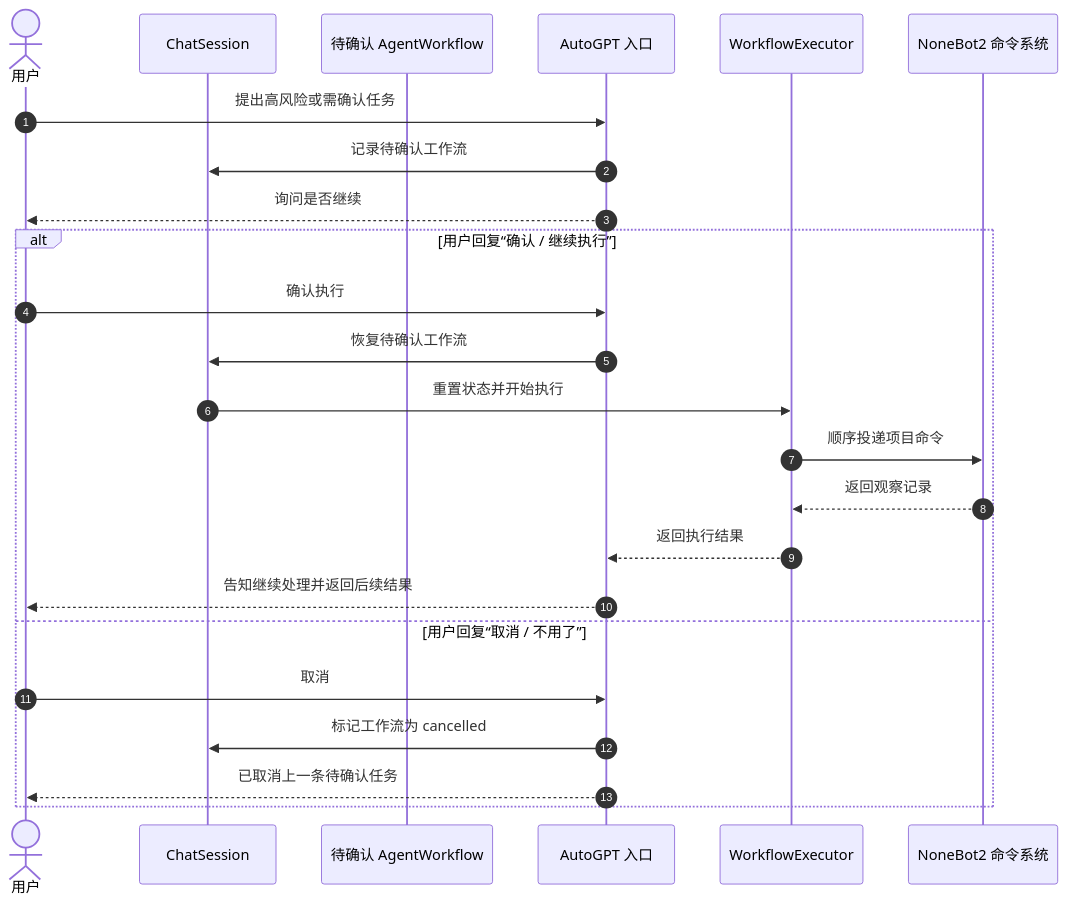
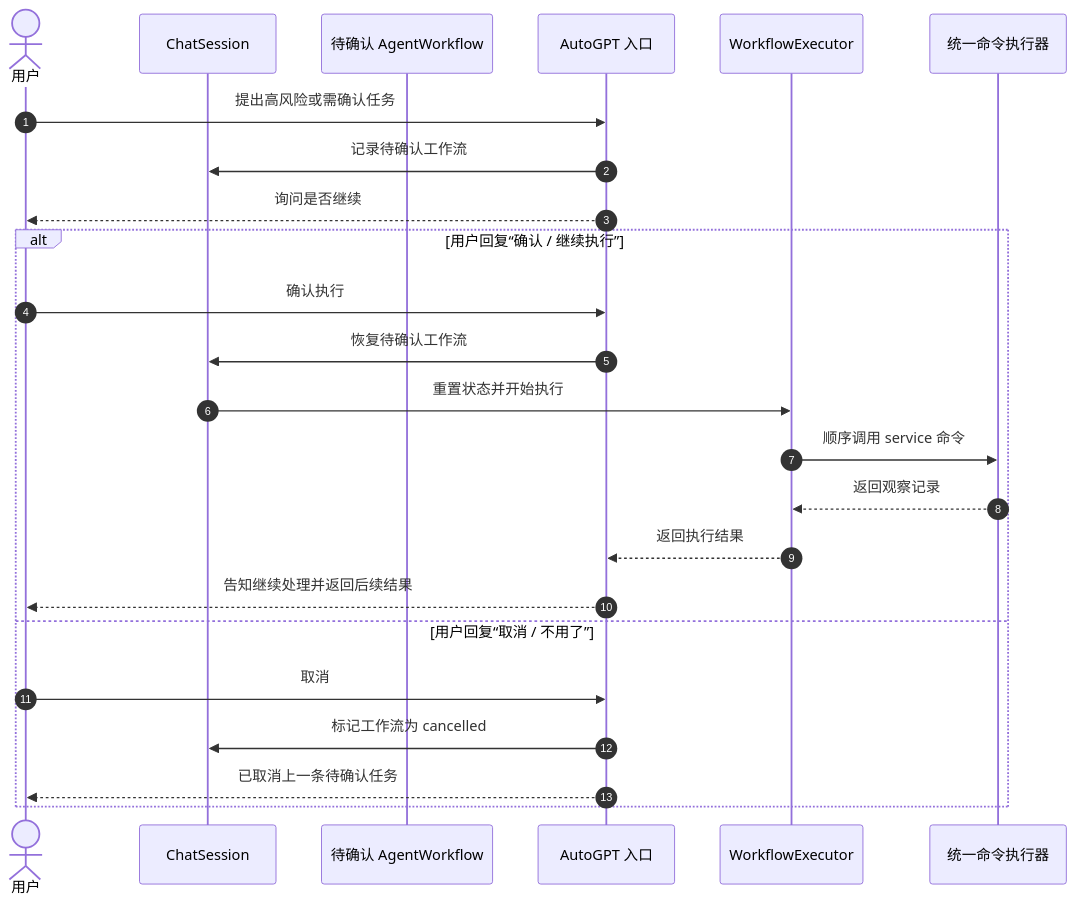
The second of 2 diagrams in docs/guides/agent-playbooks.md (ClassRobot/ClassRobot), drawn with Mermaid before and after one commit. The commit also changed other lines of this file and 269 other files, not shown here.

````diff
--- a/docs/guides/agent-playbooks.md
+++ b/docs/guides/agent-playbooks.md
@@ -91,28 +91,28 @@
 ```mermaid
 sequenceDiagram
     autonumber
     actor User as 用户
     participant Session as ChatSession
     participant Workflow as 待确认 AgentWorkflow
     participant Entry as AutoGPT 入口
     participant Executor as WorkflowExecutor
-    participant Matcher as NoneBot2 命令系统
+    participant Commands as 统一命令执行器
 
     User->>Entry: 提出高风险或需确认任务
     Entry->>Session: 记录待确认工作流
     Entry-->>User: 询问是否继续
 
     alt 用户回复“确认 / 继续执行”
         User->>Entry: 确认执行
         Entry->>Session: 恢复待确认工作流
         Session->>Executor: 重置状态并开始执行
-        Executor->>Matcher: 顺序投递项目命令
-        Matcher-->>Executor: 返回观察记录
+        Executor->>Commands: 顺序调用 service 命令
+        Commands-->>Executor: 返回观察记录
         Executor-->>Entry: 返回执行结果
         Entry-->>User: 告知继续处理并返回后续结果
     else 用户回复“取消 / 不用了”
         User->>Entry: 取消
         Entry->>Session: 标记工作流为 cancelled
         Entry-->>User: 已取消上一条待确认任务
     end
 ```
````
